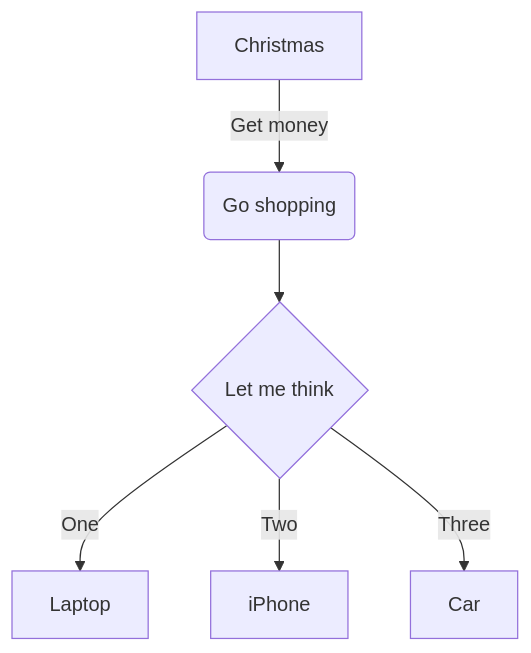
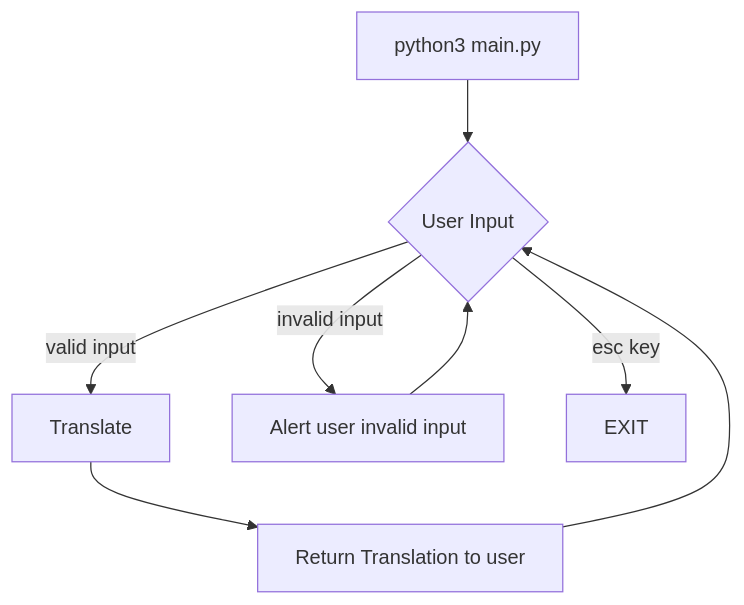
The diagram in README.md (rudil24/morse_code), drawn with Mermaid before and after one commit. The commit also changed other lines of this file and 4 other files, not shown here.

Commit message:
Day 82 Morse Code Translator complete

````diff
--- a/README.md
+++ b/README.md
@@ -55,11 +65,12 @@
 ```mermaid
-%% morse code flow
-
+%% morse code flow in TD (top down) flowchart
 flowchart TD
-    A[Christmas] -->|Get money| B(Go shopping)
-    B --> C{Let me think}
-    C -->|One| D[Laptop]
-    C -->|Two| E[iPhone]
-    C -->|Three| F[Car]
+    A[python3 main.py] --> B{User Input}
+    B -->|valid input|C[Translate]
+    B -->|invalid input|D[Alert user invalid input]
+    B -->|esc key|F[EXIT]
+    D -->B
+    C -->E[Return Translation to user]
+    E -->B
 %% comment: end the diagram with ``` on its own line
 ```
````
